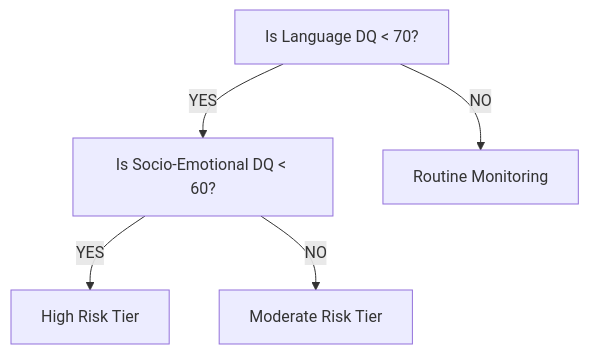
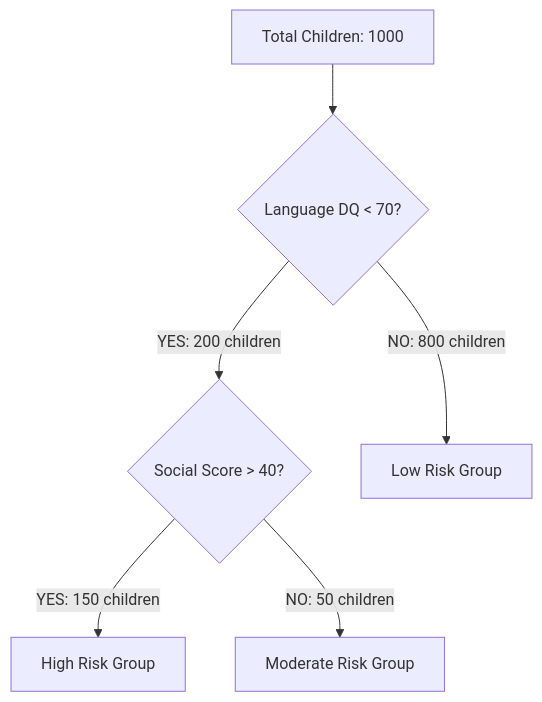
One commit to ShaikSameerShubhan0089/RISE changed the first of 3 diagrams in model_kt.md. Above: the diagram before and after it, drawn with Mermaid. The commit also changed other lines of this file, not shown here.

````diff
--- a/model_kt.md
+++ b/model_kt.md
@@ -27,7 +17,8 @@
 ```mermaid
 graph TD
-    A[Is Language DQ < 70?] -->|YES| B[Is Socio-Emotional DQ < 60?]
-    A -->|NO| C[Routine Monitoring]
-    B -->|YES| D[High Risk Tier]
-    B -->|NO| E[Moderate Risk Tier]
+    Root[Total Children: 1000] --> Split1{Language DQ < 70?}
+    Split1 -->|YES: 200 children| Split2{Social Score > 40?}
+    Split1 -->|NO: 800 children| LowRisk[Low Risk Group]
+    Split2 -->|YES: 150 children| HighRisk[High Risk Group]
+    Split2 -->|NO: 50 children| ModerateRisk[Moderate Risk Group]
 ```
````
